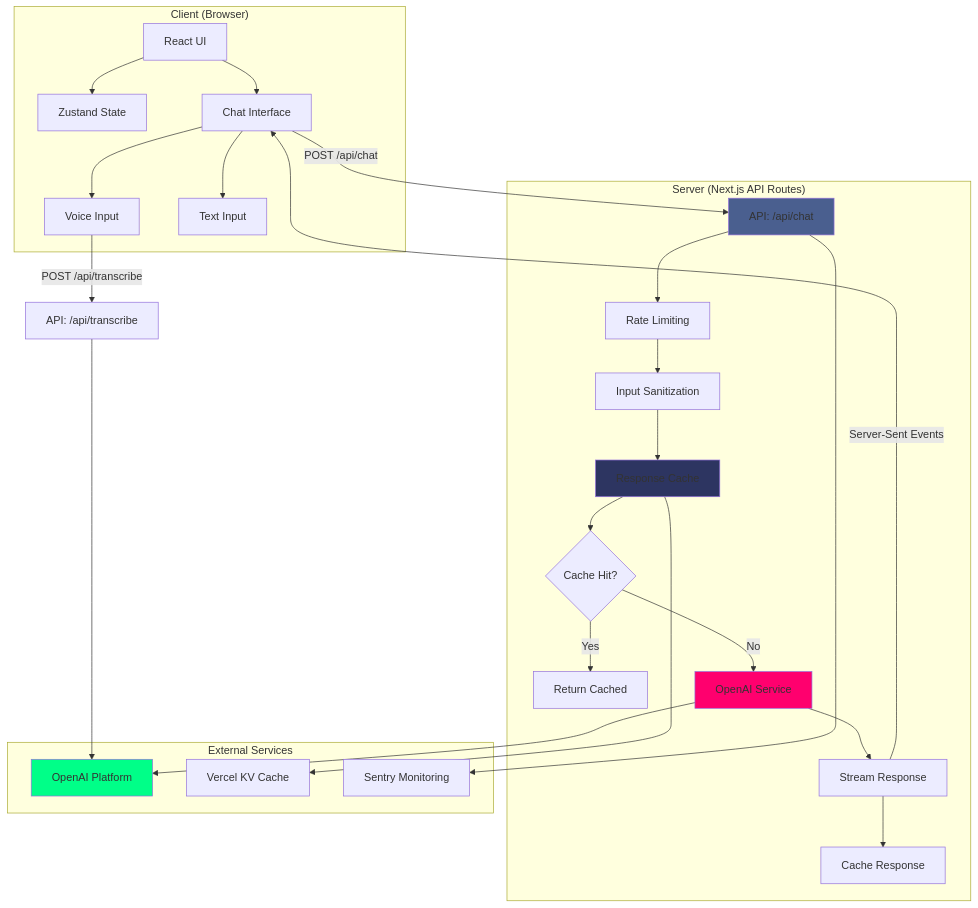
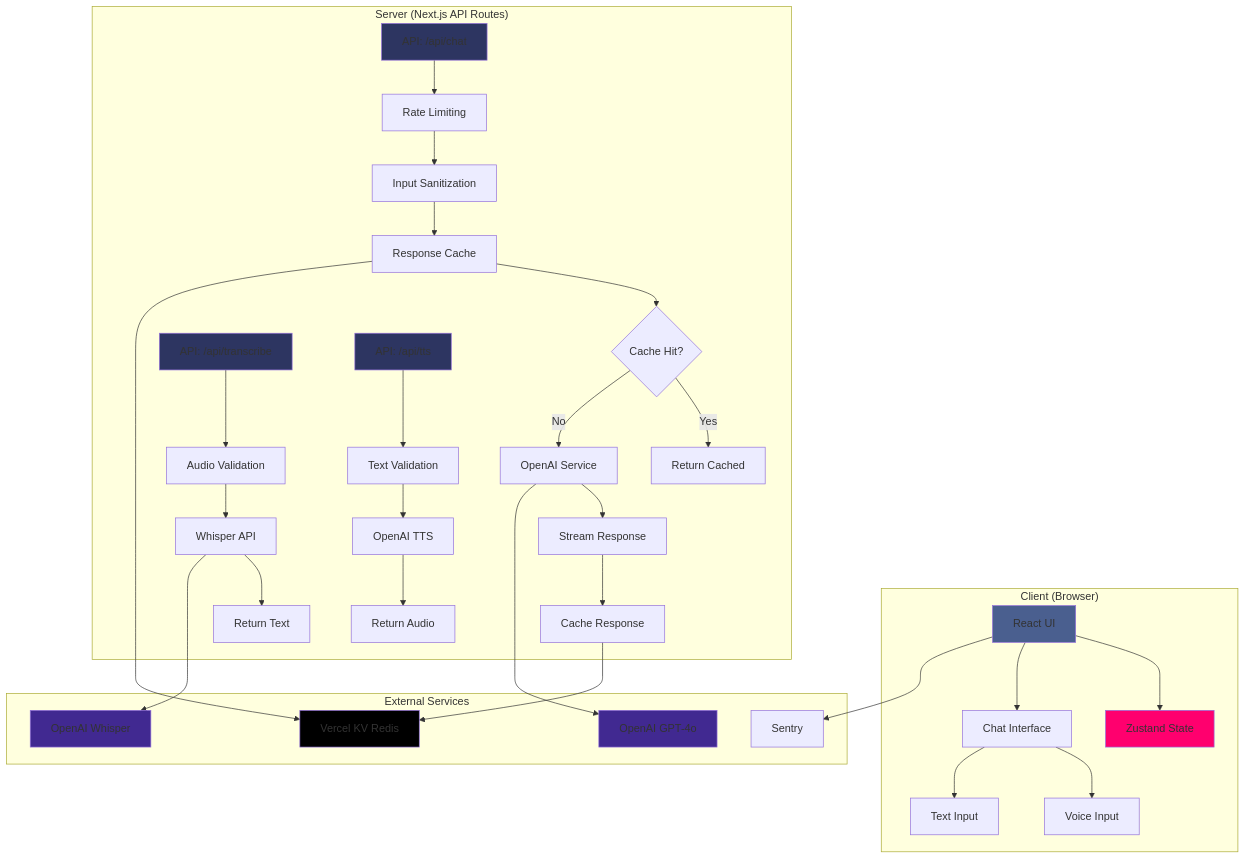
Before and after one commit to Zacsluss/portfolio_zarvis: the first of 4 diagrams in README.md, drawn with Mermaid. The commit also changed other lines of this file, not shown here.

````diff
--- a/README.md
+++ b/README.md
@@ -240,39 +244,50 @@
 ```mermaid
 graph TB
     subgraph "Client (Browser)"
         A[React UI] --> B[Zustand State]
         A --> C[Chat Interface]
         C --> D[Voice Input]
         C --> E[Text Input]
     end
 
     subgraph "Server (Next.js API Routes)"
         F["API: /api/chat"] --> G[Rate Limiting]
         G --> H[Input Sanitization]
         H --> I[Response Cache]
         I --> J{Cache Hit?}
         J -->|Yes| K[Return Cached]
         J -->|No| L[OpenAI Service]
         L --> M[Stream Response]
         M --> N[Cache Response]
+
+        O["API: /api/transcribe"] --> P[Audio Validation]
+        P --> Q[Whisper API]
+        Q --> R[Return Text]
+
+        S["API: /api/tts"] --> T[Text Validation]
+        T --> U[OpenAI TTS]
+        U --> V[Return Audio]
     end
 
     subgraph "External Services"
-        O[OpenAI Platform]
-        P[Vercel KV Cache]
-        Q[Sentry Monitoring]
+        W[OpenAI GPT-4o]
+        X[OpenAI Whisper]
+        Y[Vercel KV Redis]
+        Z[Sentry]
     end
 
-    C -->|POST /api/chat| F
-    D -->|POST /api/transcribe| R["API: /api/transcribe"]
-    M -->|Server-Sent Events| C
-    L --> O
-    I --> P
-    F --> Q
-    R --> O
+    L --> W
+    Q --> X
+    I --> Y
+    N --> Y
+    A --> Z
 
-    style F fill:#4a5f8f
-    style I fill:#2d3561
-    style L fill:#ff006e
-    style O fill:#00ff88
+    style A fill:#4a5f8f
+    style B fill:#ff006e
+    style F fill:#2d3561
+    style O fill:#2d3561
+    style S fill:#2d3561
+    style W fill:#412991
+    style X fill:#412991
+    style Y fill:#000000
 ```
````
